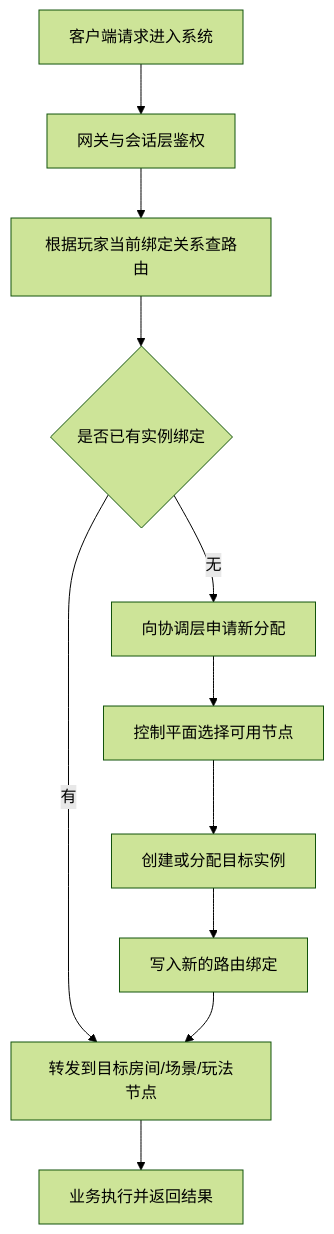
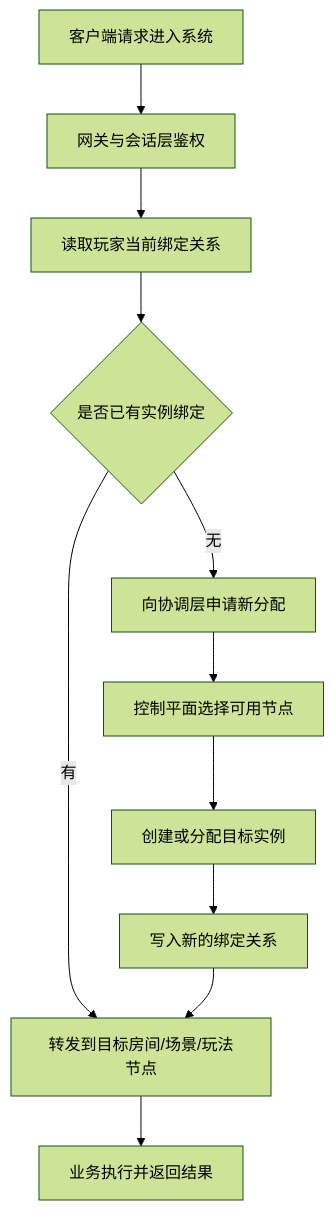
Before and after one commit to cuihairu/hello-game: the diagram in src/06-services-control-plane/04.md, drawn with Mermaid (forest theme). The commit also changed other lines of this file and 72 other files, not shown here.

Commit message:
docs: rewrite core architecture chapters

````diff
--- a/src/06-services-control-plane/04.md
+++ b/src/06-services-control-plane/04.md
@@ -76,13 +76,13 @@
 ```mermaid
 flowchart TD
     A[客户端请求进入系统] --> B[网关与会话层鉴权]
-    B --> C[根据玩家当前绑定关系查路由]
+    B --> C[读取玩家当前绑定关系]
     C --> D{是否已有实例绑定}
     D -->|有| E[转发到目标房间/场景/玩法节点]
     D -->|无| F[向协调层申请新分配]
     F --> G[控制平面选择可用节点]
     G --> H[创建或分配目标实例]
-    H --> I[写入新的路由绑定]
+    H --> I[写入新的绑定关系]
     I --> E
     E --> J[业务执行并返回结果]
 ```
````
